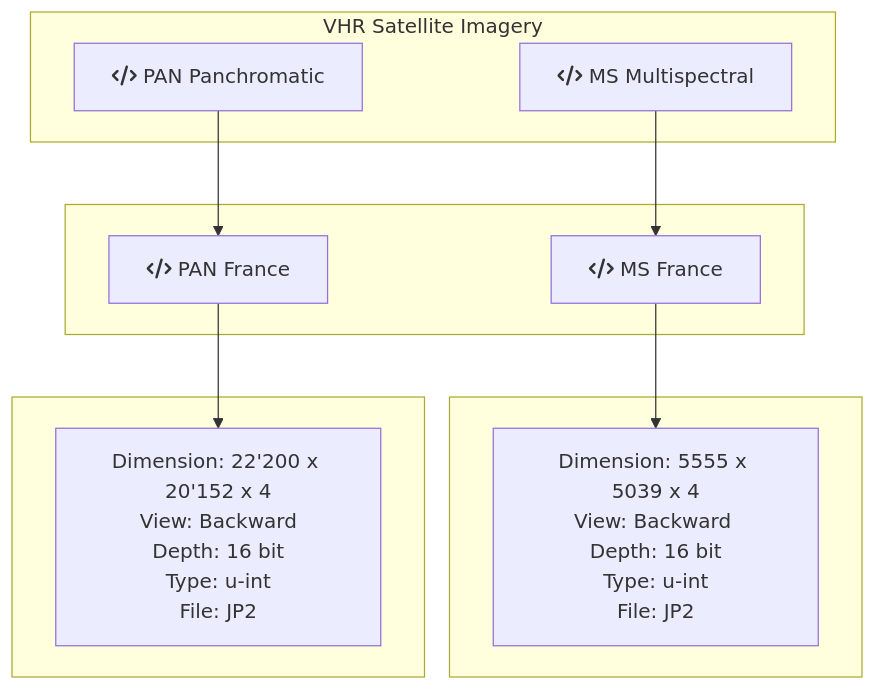
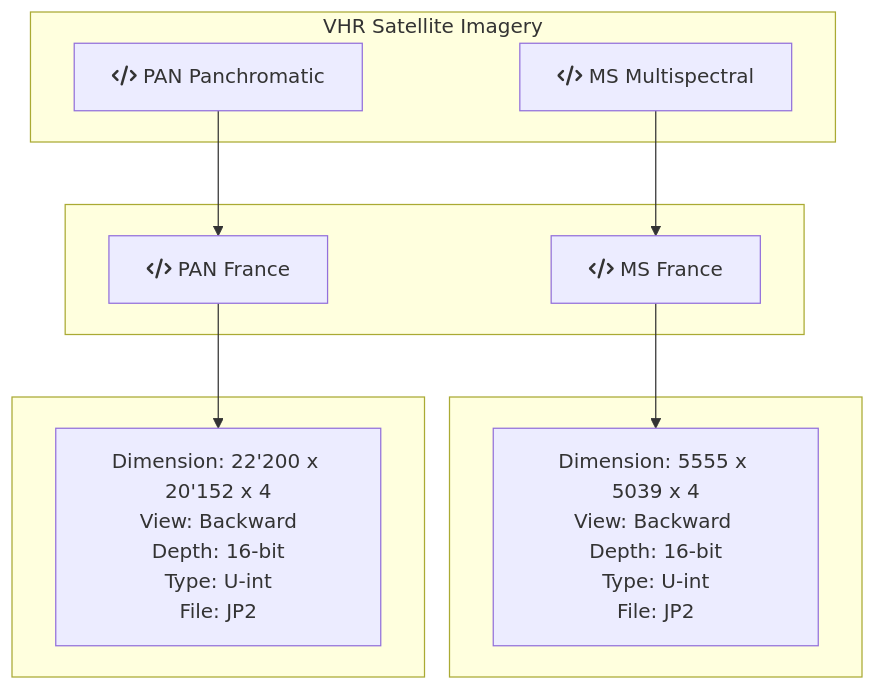
The diagram in Pleiades/README.md (DippoldEJ/Satellite-Datasets), drawn with Mermaid before and after one commit.

````diff
--- a/Pleiades/README.md
+++ b/Pleiades/README.md
@@ -7,37 +7,37 @@
 ```mermaid
 flowchart TD;
 
 subgraph VHR Satellite Imagery
     a[fa:fa-code MS Multispectral]
     b[fa:fa-code PAN Panchromatic]
     end
 
 subgraph  
     c[fa:fa-code MS France]
     d[fa:fa-code PAN France]
 
     end
 
 subgraph  
     f["`Dimension: 5555 x 5039 x 4
     View: Backward 
-    Depth: 16 bit
-    Type: u-int
+    Depth: 16-bit
+    Type: U-int
     File: JP2`"]
 end
 
 subgraph  
     g["`Dimension: 22'200 x 20'152 x 4
     View: Backward
-    Depth: 16 bit
-    Type: u-int
+    Depth: 16-bit
+    Type: U-int
     File: JP2`"]
 end
 
 c --> f
 a --> c
 b --> d
 
 d --> g
 
 ```
````
